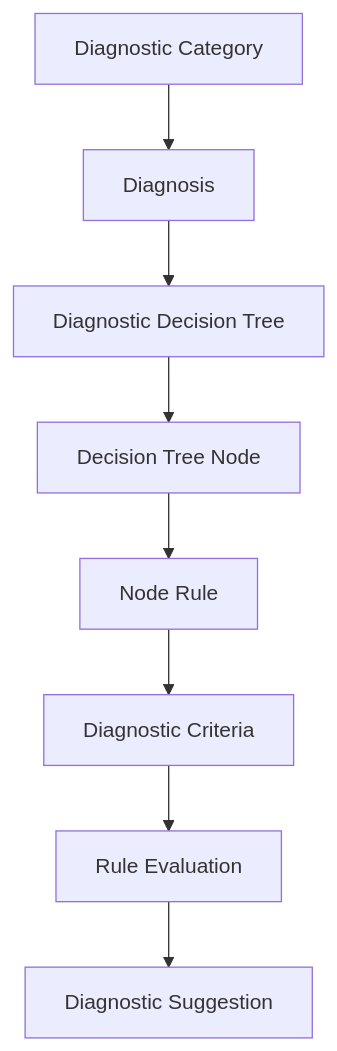
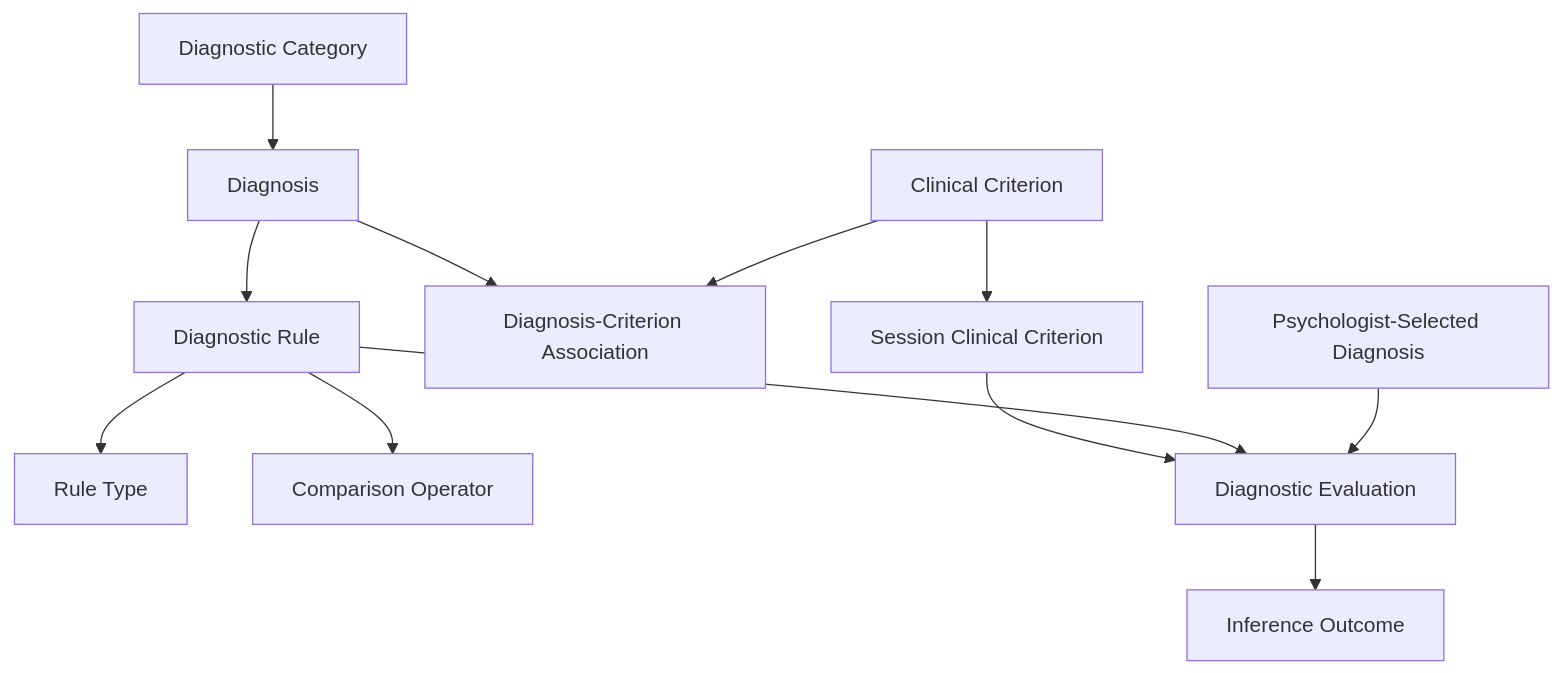
The second of 2 diagrams in docs/ARCHITECTURE.md (gioescobar87/ehr-cdss-psychology-management-system), drawn with Mermaid before and after one commit. The commit also changed other lines of this file, not shown here.

Commit message:
refactor(documentation): update inference engine implementation to the latest model approach

````diff
--- a/docs/ARCHITECTURE.md
+++ b/docs/ARCHITECTURE.md
@@ -223,19 +223,26 @@
 ```mermaid
 flowchart TD
     CATEGORY[Diagnostic Category]
     DIAGNOSIS[Diagnosis]
-    TREE[Diagnostic Decision Tree]
-    NODE[Decision Tree Node]
-    RULE[Node Rule]
-    CRITERIA[Diagnostic Criteria]
-    EVAL[Rule Evaluation]
-    RESULT[Diagnostic Suggestion]
+    CRITERION[Clinical Criterion]
+    SESSION_CRITERION[Session Clinical Criterion]
+    DIAGNOSIS_CRITERION[Diagnosis-Criterion Association]
+    RULE[Diagnostic Rule]
+    RULE_TYPE[Rule Type]
+    OPERATOR[Comparison Operator]
+    EVALUATION[Diagnostic Evaluation]
+    RESULT[Inference Outcome]
+    SELECTED[Psychologist-Selected Diagnosis]
 
     CATEGORY --> DIAGNOSIS
-    DIAGNOSIS --> TREE
-    TREE --> NODE
-    NODE --> RULE
-    RULE --> CRITERIA
-    CRITERIA --> EVAL
-    EVAL --> RESULT
+    DIAGNOSIS --> DIAGNOSIS_CRITERION
+    CRITERION --> DIAGNOSIS_CRITERION
+    CRITERION --> SESSION_CRITERION
+    SESSION_CRITERION --> EVALUATION
+    DIAGNOSIS --> RULE
+    RULE --> RULE_TYPE
+    RULE --> OPERATOR
+    RULE --> EVALUATION
+    SELECTED --> EVALUATION
+    EVALUATION --> RESULT
 ```
````
